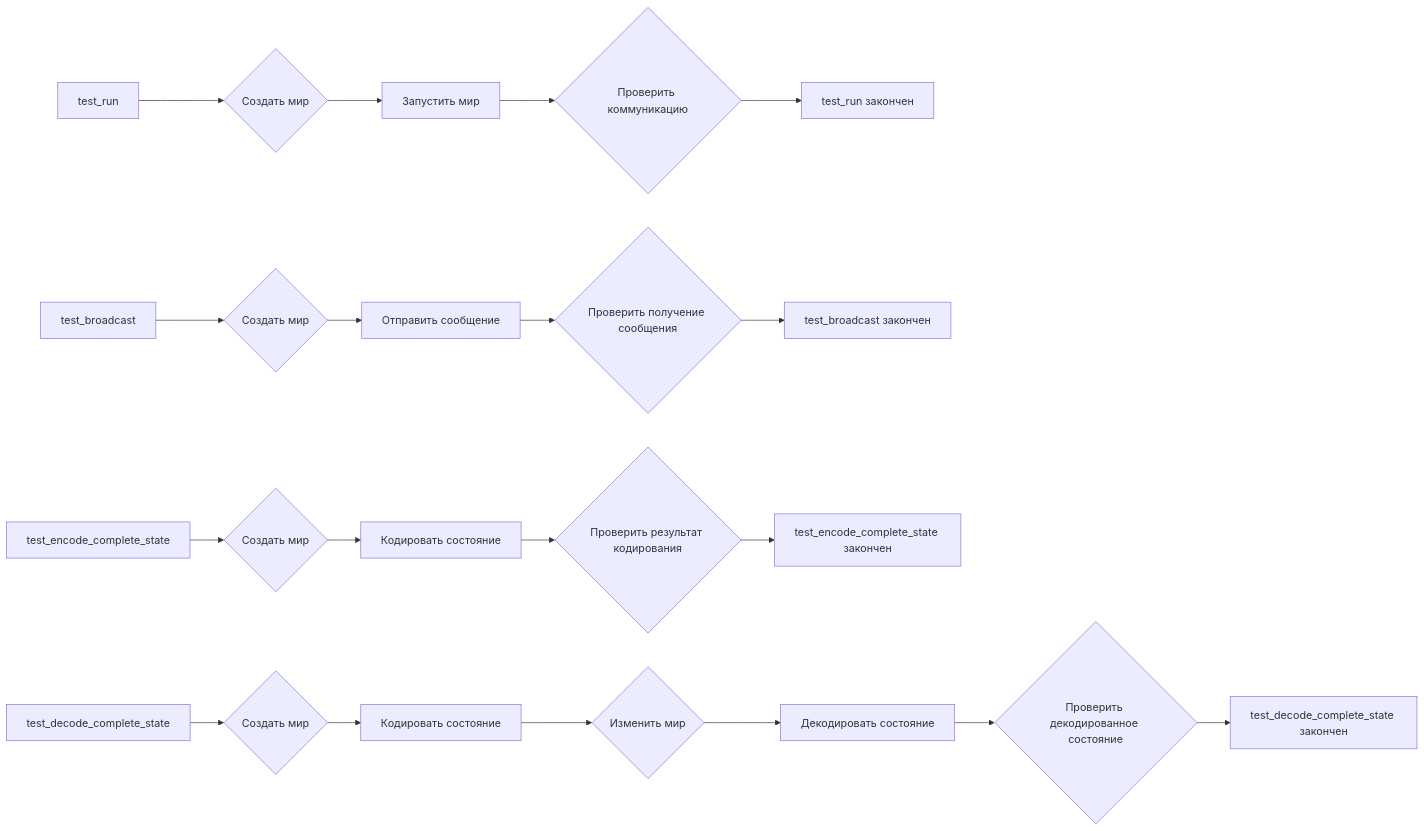
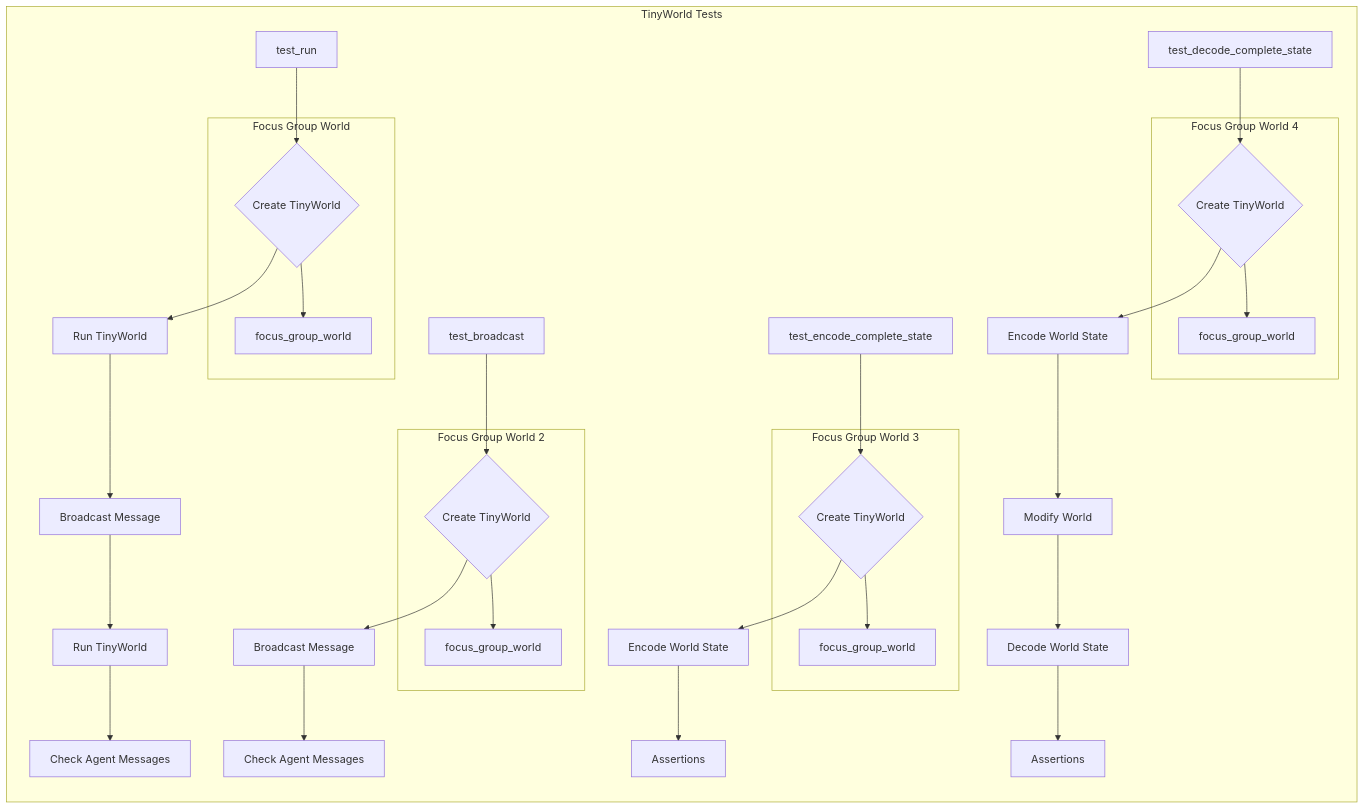
One commit to hypo69/hypo changed the diagram in docs/gemini/ru/explainer/src/ai/tiny_troupe/TinyTroupe/tests/unit/test_tinyworld.md. Above: the diagram before and after it, drawn with Mermaid. The commit also changed other lines of this file and 632 other files, not shown here.

````diff
--- a/docs/gemini/ru/explainer/src/ai/tiny_troupe/TinyTroupe/tests/unit/test_tinyworld.md
+++ b/docs/gemini/ru/explainer/src/ai/tiny_troupe/TinyTroupe/tests/unit/test_tinyworld.md
@@ -125,26 +127,42 @@
 ```mermaid
 graph LR
-    A[test_run] --> B{Создать мир};
-    B --> C[Запустить мир];
-    C --> D{Проверить коммуникацию};
-    D --> E[test_run закончен];
-    
-    A1[test_broadcast] --> B1{Создать мир};
-    B1 --> C1[Отправить сообщение];
-    C1 --> D1{Проверить получение сообщения};
-    D1 --> E1[test_broadcast закончен];
-    
-    A2[test_encode_complete_state] --> B2{Создать мир};
-    B2 --> C2[Кодировать состояние];
-    C2 --> D2{Проверить результат кодирования};
-    D2 --> E2[test_encode_complete_state закончен];
-    
-    A3[test_decode_complete_state] --> B3{Создать мир};
-    B3 --> C3[Кодировать состояние];
-    C3 --> D3{Изменить мир};
-    D3 --> E3[Декодировать состояние];
-    E3 --> F3{Проверить декодированное состояние};
-    F3 --> G3[test_decode_complete_state закончен];
+    subgraph TinyWorld Tests
+        A[test_run] --> B{Create TinyWorld};
+        B --> C[Run TinyWorld];
+        C --> D[Broadcast Message];
+        D --> E[Run TinyWorld];
+        E --> F[Check Agent Messages];
+        subgraph Focus Group World
+            B --> G[focus_group_world];
+        end
+        
+        
+        I[test_broadcast] --> H{Create TinyWorld};
+        H --> J[Broadcast Message];
+        J --> K[Check Agent Messages];
+        subgraph Focus Group World 2
+            H --> L[focus_group_world];
+        end
+        
+
+        M[test_encode_complete_state] --> N{Create TinyWorld};
+        N --> O[Encode World State];
+        O --> P[Assertions];
+        subgraph Focus Group World 3
+            N --> Q[focus_group_world];
+        end
 
 
+        R[test_decode_complete_state] --> S{Create TinyWorld};
+        S --> T[Encode World State];
+        T --> U[Modify World];
+        U --> V[Decode World State];
+        V --> W[Assertions];
+        subgraph Focus Group World 4
+            S --> X[focus_group_world];
+        end
+
+    end
+
+    
 ```
````
